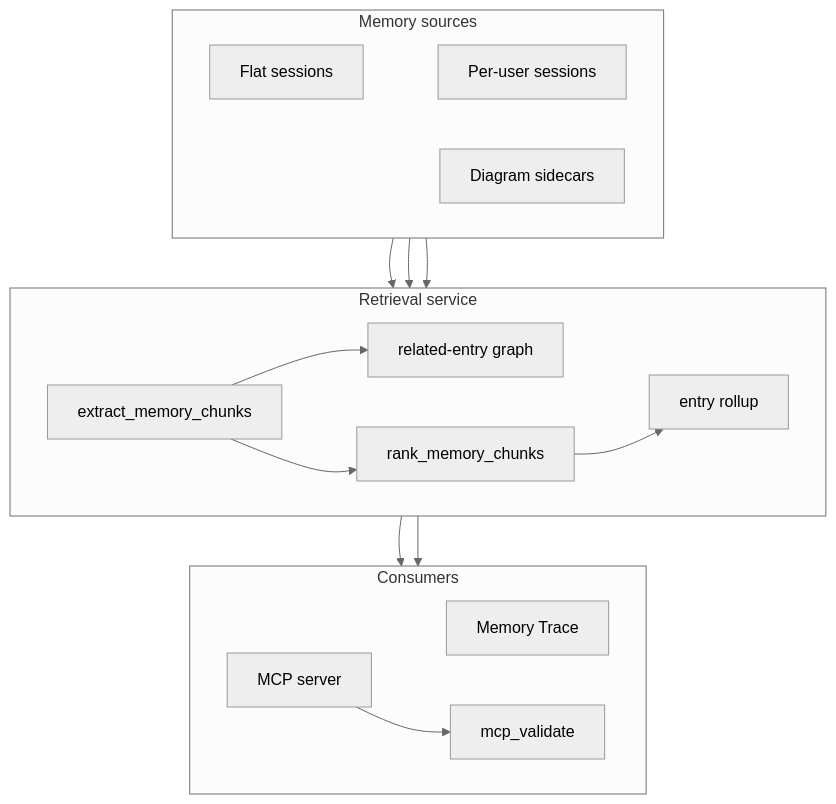
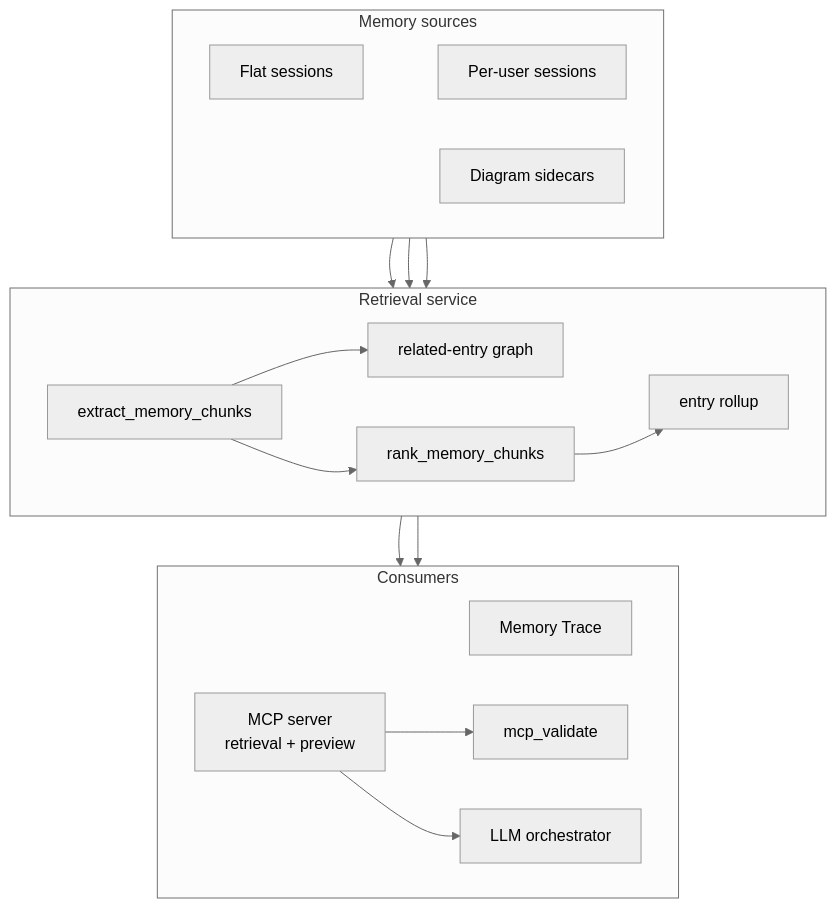
One commit to jnl-tshi/memory-seed changed the tenth of 23 diagrams in docs/3_Spec/functionality-audit.md. Above: the diagram before and after it, drawn with Mermaid (neutral theme). The commit also changed other lines of this file and 54 other files, not shown here.

````diff
--- a/docs/3_Spec/functionality-audit.md
+++ b/docs/3_Spec/functionality-audit.md
@@ -483,33 +485,35 @@
 ```mermaid
 graph TD
   subgraph SourceTier["Memory sources"]
     direction LR
     FLAT["Flat sessions"] ~~~ USER["Per-user sessions"]
     DIAGRAMS["Diagram sidecars"]
   end
 
   subgraph ServiceTier["Retrieval service"]
     direction LR
     CHUNKS["extract_memory_chunks"] ~~~ RANK["rank_memory_chunks"]
     GRAPH["related-entry graph"] ~~~ ROLLUP["entry rollup"]
   end
 
   subgraph ConsumerTier["Consumers"]
     direction LR
-    MCP["MCP server"] ~~~ TRACE["Memory Trace"]
+    MCP["MCP server<br>retrieval + preview"] ~~~ TRACE["Memory Trace"]
     VALIDATE["mcp_validate"]
+    ORCH["LLM orchestrator"]
   end
 
   SourceTier ~~~ ServiceTier
   ServiceTier ~~~ ConsumerTier
 
   FLAT --> CHUNKS
   USER --> CHUNKS
   DIAGRAMS --> ROLLUP
   CHUNKS --> RANK
   CHUNKS --> GRAPH
   RANK --> ROLLUP
   ROLLUP --> MCP
   ROLLUP --> TRACE
   MCP --> VALIDATE
+  MCP --> ORCH
 ```
````
